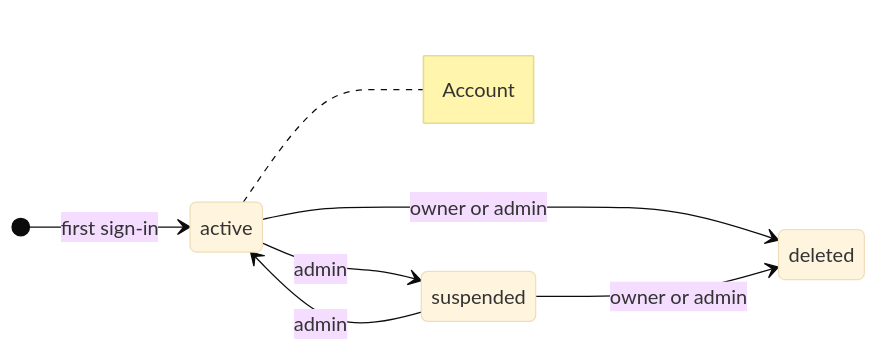
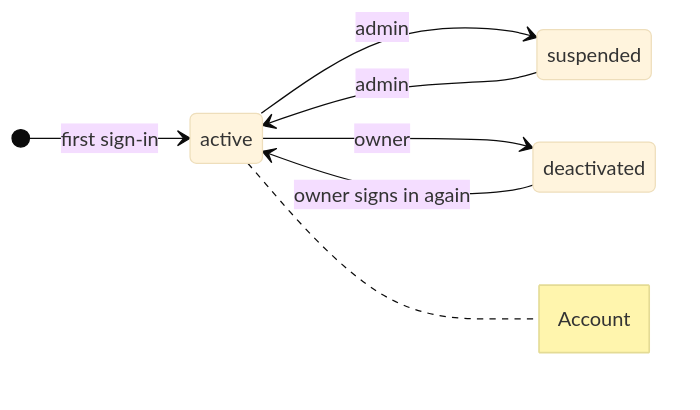
The fifth of 7 diagrams in docs/plan/07-status-changes.md (rachelwong/preppers), drawn with Mermaid (base theme) before and after one commit. The commit also changed other lines of this file and 31 other files, not shown here.

````diff
--- a/docs/plan/07-status-changes.md
+++ b/docs/plan/07-status-changes.md
@@ -78,10 +78,10 @@
 ```mermaid
 stateDiagram-v2
   direction LR
   [*] --> active: first sign-in
   active --> suspended: admin
   suspended --> active: admin
-  active --> deleted: owner or admin
-  suspended --> deleted: owner or admin
+  active --> deactivated: owner
+  deactivated --> active: owner signs in again
   note right of active: Account
 ```
````
